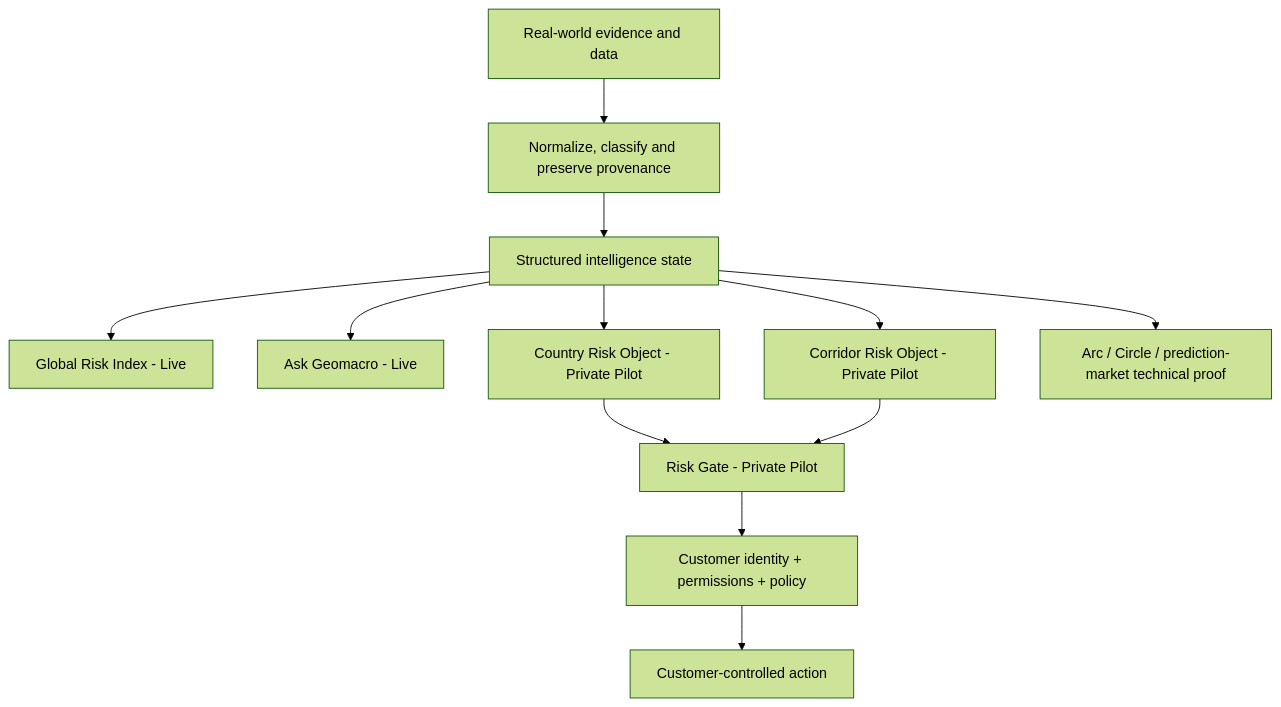
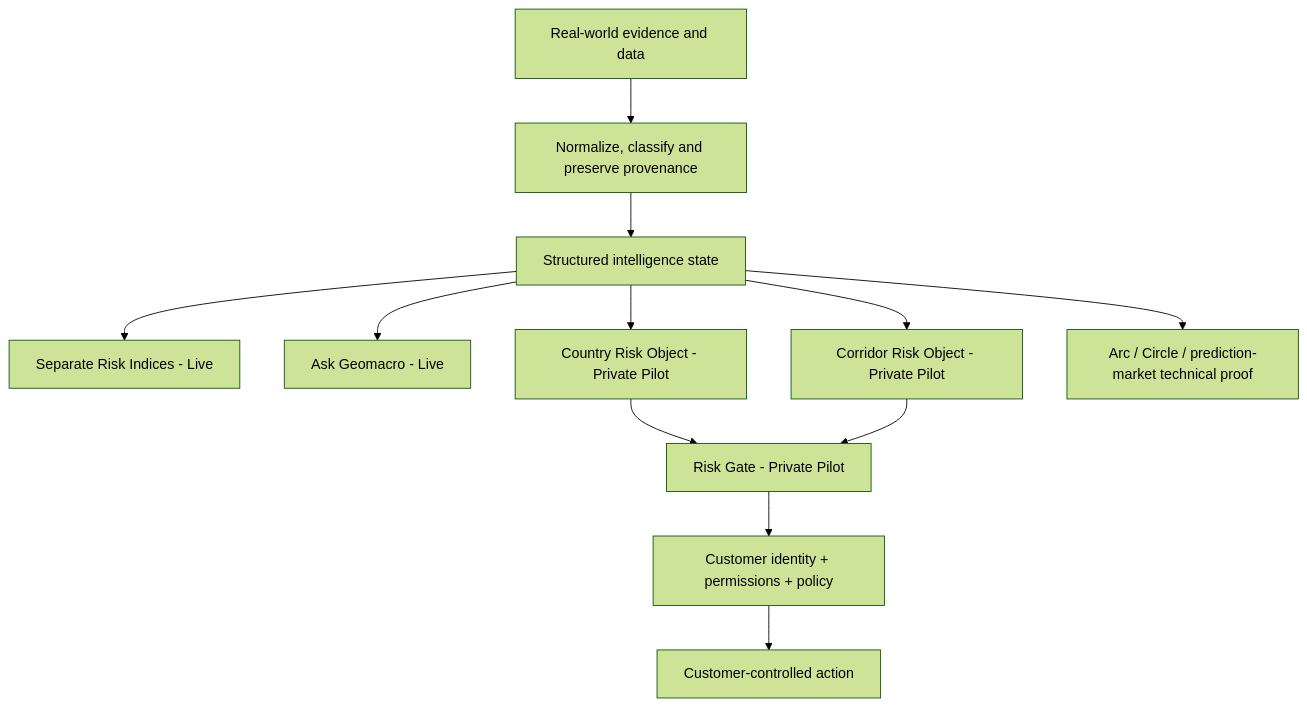
One commit to blocknine0/geomacro changed the diagram in src/content/docs/01-what-is-geomacro.md. Above: the diagram before and after it, drawn with Mermaid (forest theme). The commit also changed other lines of this file, not shown here.

Commit message:
Align product architecture docs with separate indices

````diff
--- a/src/content/docs/01-what-is-geomacro.md
+++ b/src/content/docs/01-what-is-geomacro.md
@@ -11,14 +11,14 @@
 ```mermaid
 flowchart TD
     EVIDENCE["Real-world evidence and data"] --> NORMALIZE["Normalize, classify and preserve provenance"]
     NORMALIZE --> STATE["Structured intelligence state"]
-    STATE --> GRI["Global Risk Index - Live"]
+    STATE --> INDICES["Separate Risk Indices - Live"]
     STATE --> ASK["Ask Geomacro - Live"]
     STATE --> COUNTRY["Country Risk Object - Private Pilot"]
     STATE --> CORRIDOR["Corridor Risk Object - Private Pilot"]
     COUNTRY --> GATE["Risk Gate - Private Pilot"]
     CORRIDOR --> GATE
     GATE --> POLICY["Customer identity + permissions + policy"]
     POLICY --> ACTION["Customer-controlled action"]
     STATE --> TECH["Arc / Circle / prediction-market technical proof"]
 ```
````
